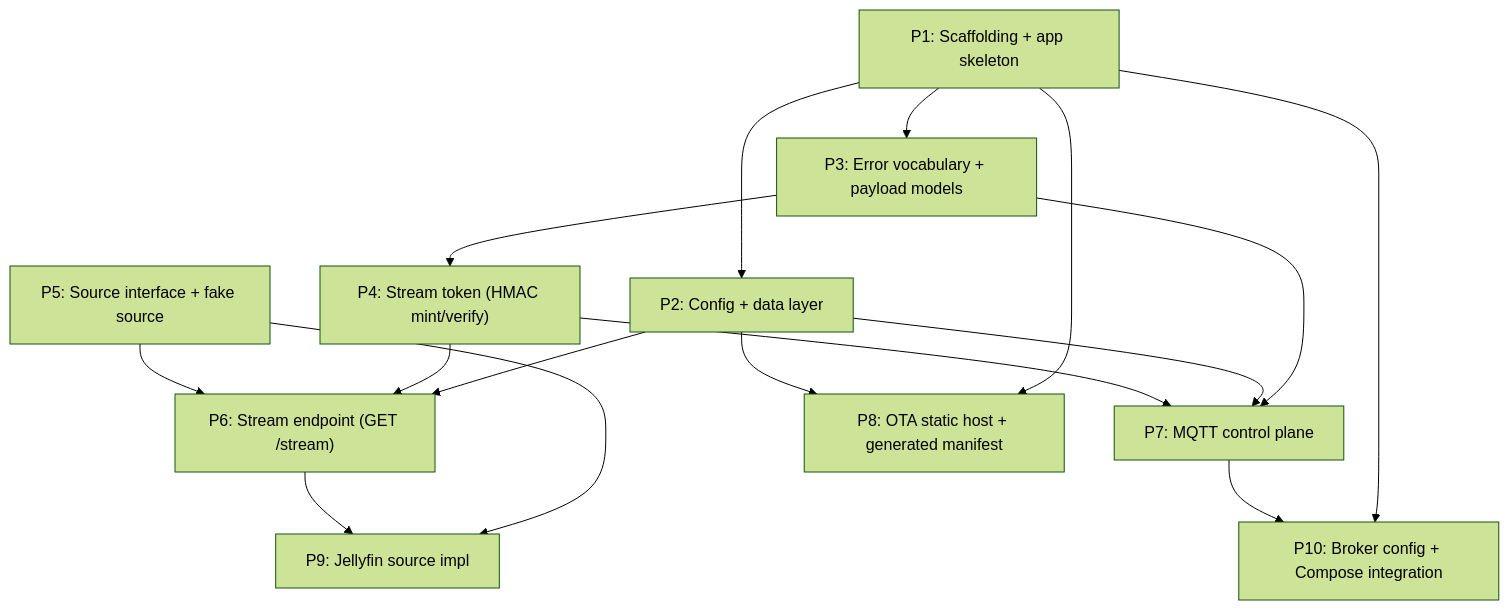
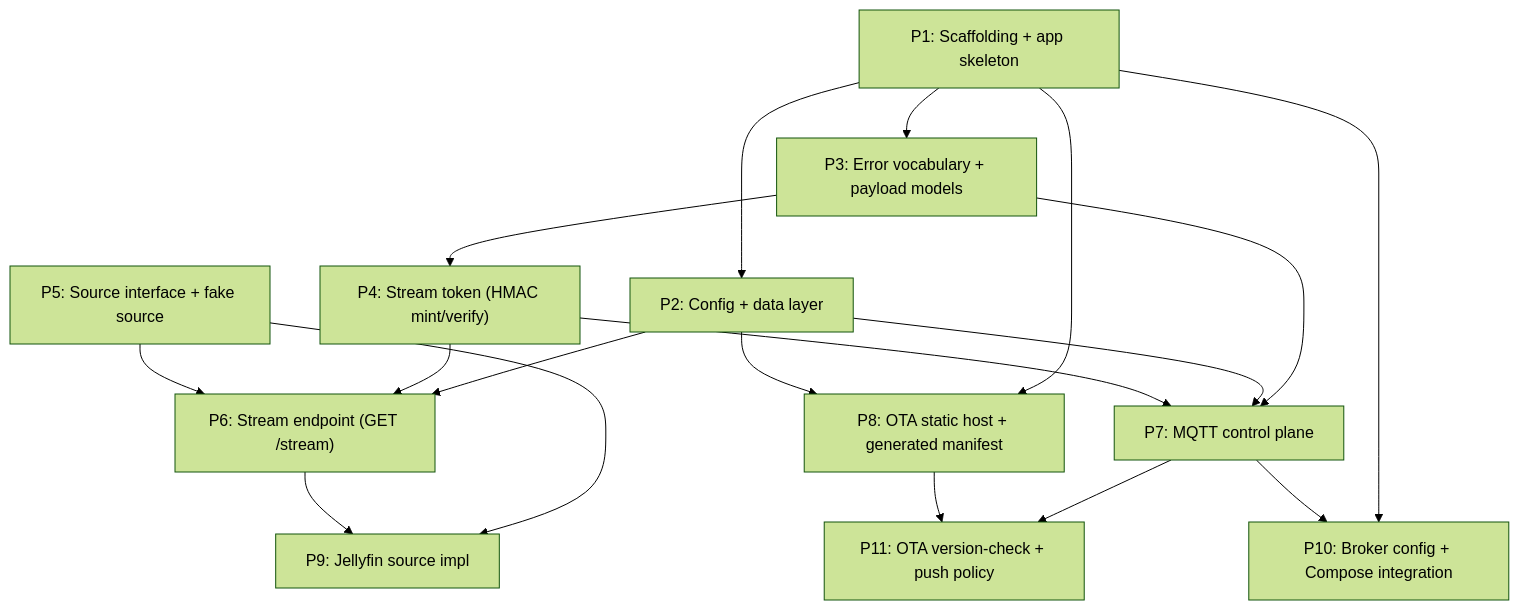
The diagram in notes/task_list.md (20BBrown14/BoopBox), drawn with Mermaid (forest theme) before and after one commit. The commit also changed other lines of this file and 12 other files, not shown here.

````diff
--- a/notes/task_list.md
+++ b/notes/task_list.md
@@ -11,29 +11,32 @@
 ```mermaid
 flowchart TB
     P1["P1: Scaffolding + app skeleton"]
     P2["P2: Config + data layer"]
     P3["P3: Error vocabulary + payload models"]
     P4["P4: Stream token (HMAC mint/verify)"]
     P5["P5: Source interface + fake source"]
     P6["P6: Stream endpoint (GET /stream)"]
     P7["P7: MQTT control plane"]
     P8["P8: OTA static host + generated manifest"]
     P9["P9: Jellyfin source impl"]
     P10["P10: Broker config + Compose integration"]
+    P11["P11: OTA version-check + push policy"]
 
     P1 --> P2
     P1 --> P3
     P3 --> P4
     P2 --> P6
     P4 --> P6
     P5 --> P6
     P3 --> P7
     P2 --> P7
     P4 --> P7
     P1 --> P8
     P2 --> P8
     P5 --> P9
     P6 --> P9
     P1 --> P10
     P7 --> P10
+    P7 --> P11
+    P8 --> P11
 ```
````
